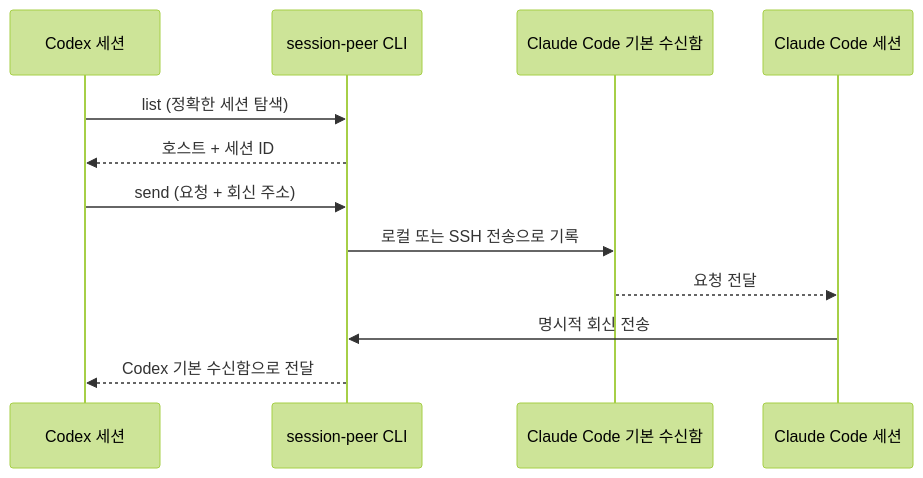
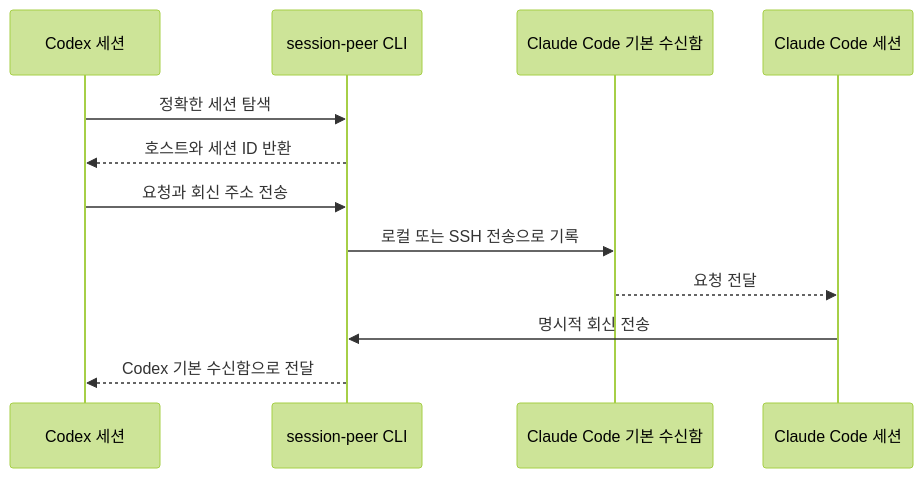
The diagram in README.ko.md (abruption/session-peer), drawn with Mermaid (forest theme) before and after one commit. The commit also changed 4 other files, not shown here.

Commit message:
docs: fix Mermaid rendering on GitHub

````diff
--- a/README.ko.md
+++ b/README.ko.md
@@ -27,14 +27,14 @@
 ```mermaid
 sequenceDiagram
     participant C as Codex 세션
     participant P as session-peer CLI
     participant I as Claude Code 기본 수신함
     participant H as Claude Code 세션
-    C->>P: list (정확한 세션 탐색)
-    P-->>C: 호스트 + 세션 ID
-    C->>P: send (요청 + 회신 주소)
+    C->>P: 정확한 세션 탐색
+    P-->>C: 호스트와 세션 ID 반환
+    C->>P: 요청과 회신 주소 전송
     P->>I: 로컬 또는 SSH 전송으로 기록
     I-->>H: 요청 전달
     H->>P: 명시적 회신 전송
     P-->>C: Codex 기본 수신함으로 전달
 ```
````
